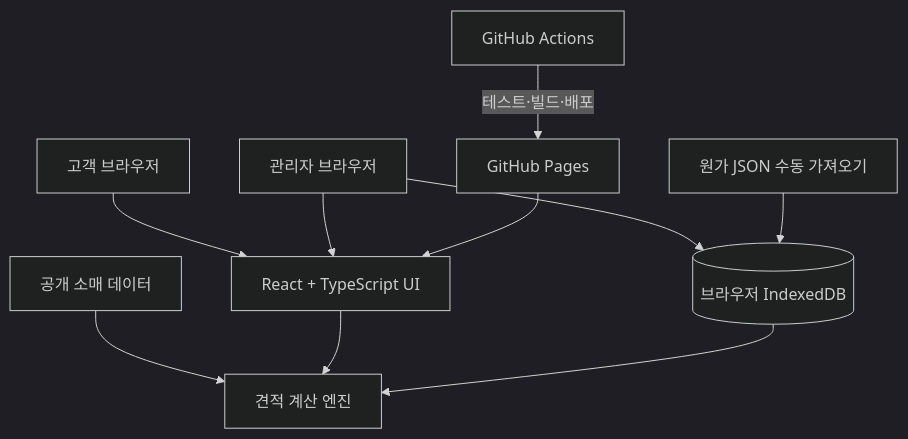
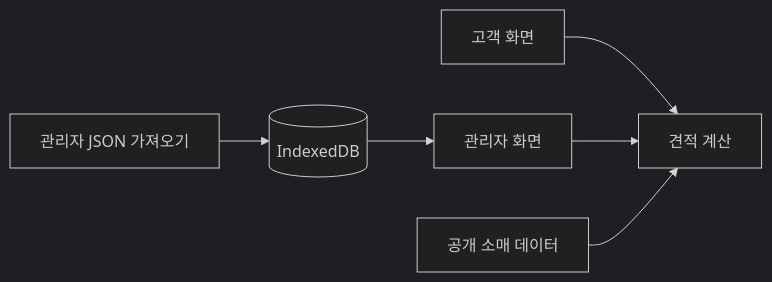
Before and after one commit to Leeeyounghwan/Wallpaper_Estimate: the diagram in README.md, drawn with Mermaid (dark theme). The commit also changed other lines of this file, not shown here.

````diff
--- a/README.md
+++ b/README.md
@@ -34,12 +43,8 @@
 ```mermaid
-flowchart TB
- Visitor[고객 브라우저] --> App[React + TypeScript UI]
- Admin[관리자 브라우저] --> App
- Public[공개 소매 데이터] --> Engine[견적 계산 엔진]
- App --> Engine
- Admin --> Local[(브라우저 IndexedDB)]
- Import[원가 JSON 수동 가져오기] --> Local
- Local --> Engine
- Actions[GitHub Actions] -->|테스트·빌드·배포| Pages[GitHub Pages]
- Pages --> App
+flowchart LR
+    A[고객 화면] --> C[견적 계산]
+    B[관리자 화면] --> C
+    D[공개 소매 데이터] --> C
+    E[(IndexedDB)] --> B
+    F[관리자 JSON 가져오기] --> E
 ```
````
